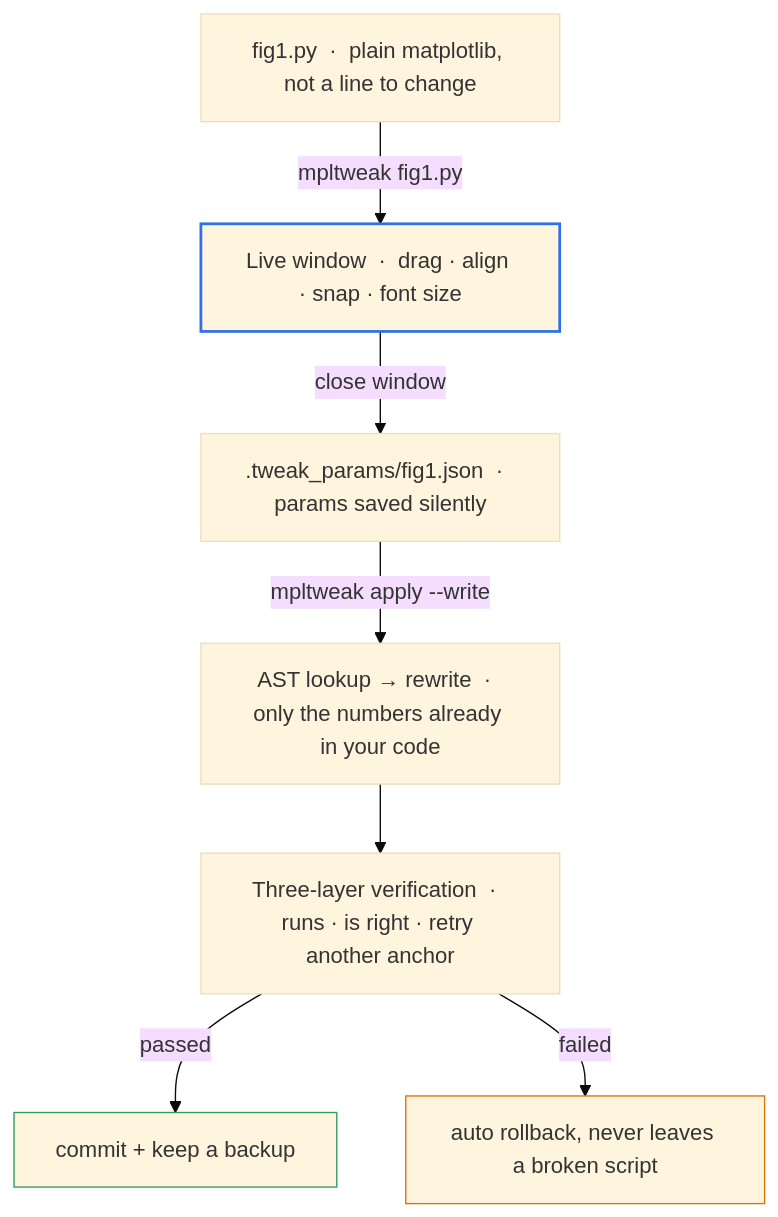
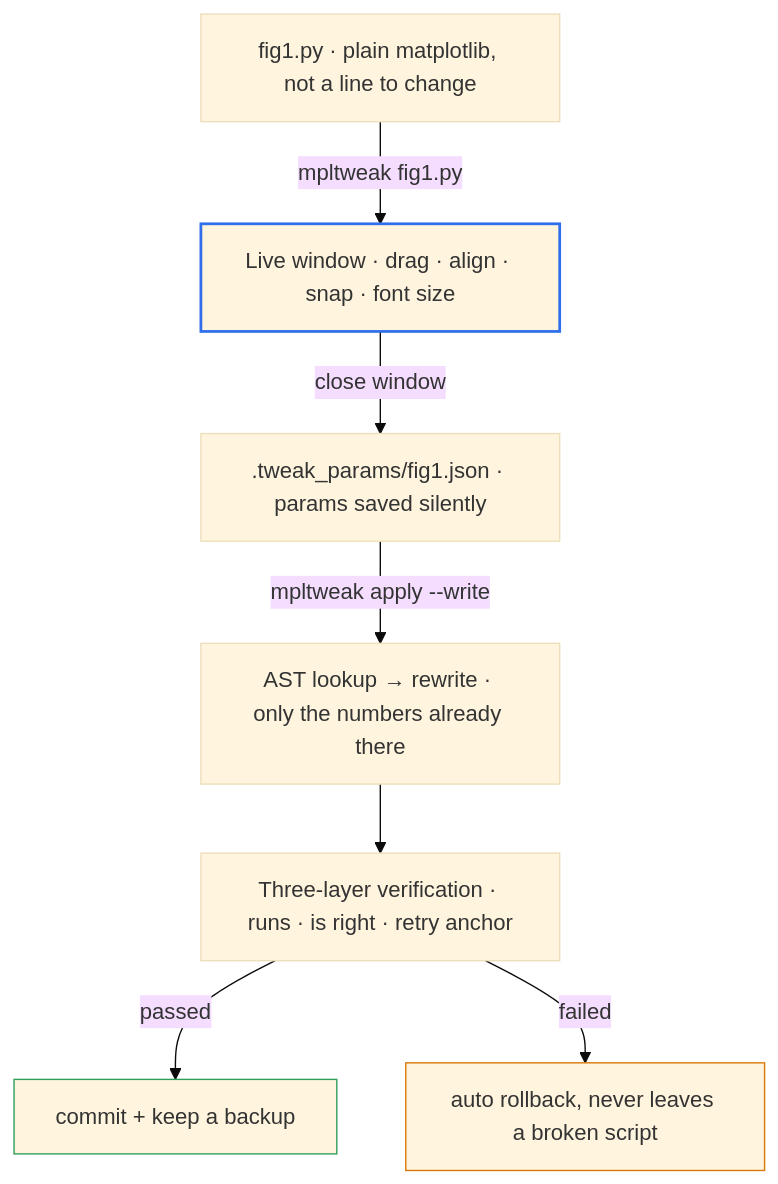
One commit to shdbl/mpltweak changed the diagram in README.en.md. Above: the diagram before and after it, drawn with Mermaid (base theme). The commit also changed other lines of this file and 9 other files, not shown here.

Commit message:
docs: fix Mermaid (drop HTML entities), restore problem section, put demos before write-back, compress GIFs 5.6MB->2.6MB, flat-square badges

````diff
--- a/README.en.md
+++ b/README.en.md
@@ -32,19 +39,19 @@
 ```mermaid
 flowchart TD
-    A["fig1.py &nbsp;·&nbsp; plain matplotlib, not a line to change"]
-    B["Live window &nbsp;·&nbsp; drag · align · snap · font size"]
-    C[".tweak_params/fig1.json &nbsp;·&nbsp; params saved silently"]
-    D["AST lookup → rewrite &nbsp;·&nbsp; only the numbers already in your code"]
-    E["Three-layer verification &nbsp;·&nbsp; runs · is right · retry another anchor"]
+    A["fig1.py · plain matplotlib, not a line to change"]
+    B["Live window · drag · align · snap · font size"]
+    C[".tweak_params/fig1.json · params saved silently"]
+    D["AST lookup → rewrite · only the numbers already there"]
+    E["Three-layer verification · runs · is right · retry anchor"]
 
     A -->|mpltweak fig1.py| B
     B -->|close window| C
     C -->|mpltweak apply --write| D
     D --> E
     E -->|passed| F["commit + keep a backup"]
     E -->|failed| G["auto rollback, never leaves a broken script"]
 
     style B stroke:#2F6FEB,stroke-width:2px
     style F stroke:#2E9E5B
     style G stroke:#D97706
 ```
````
